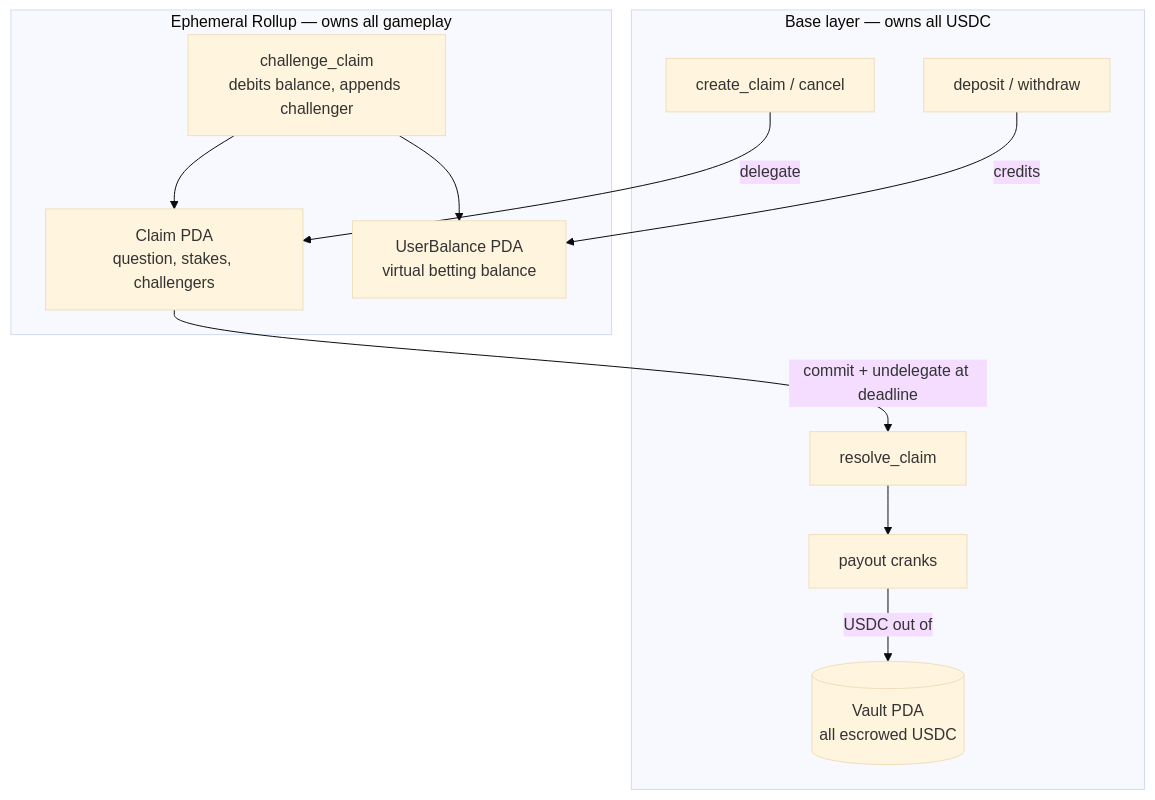
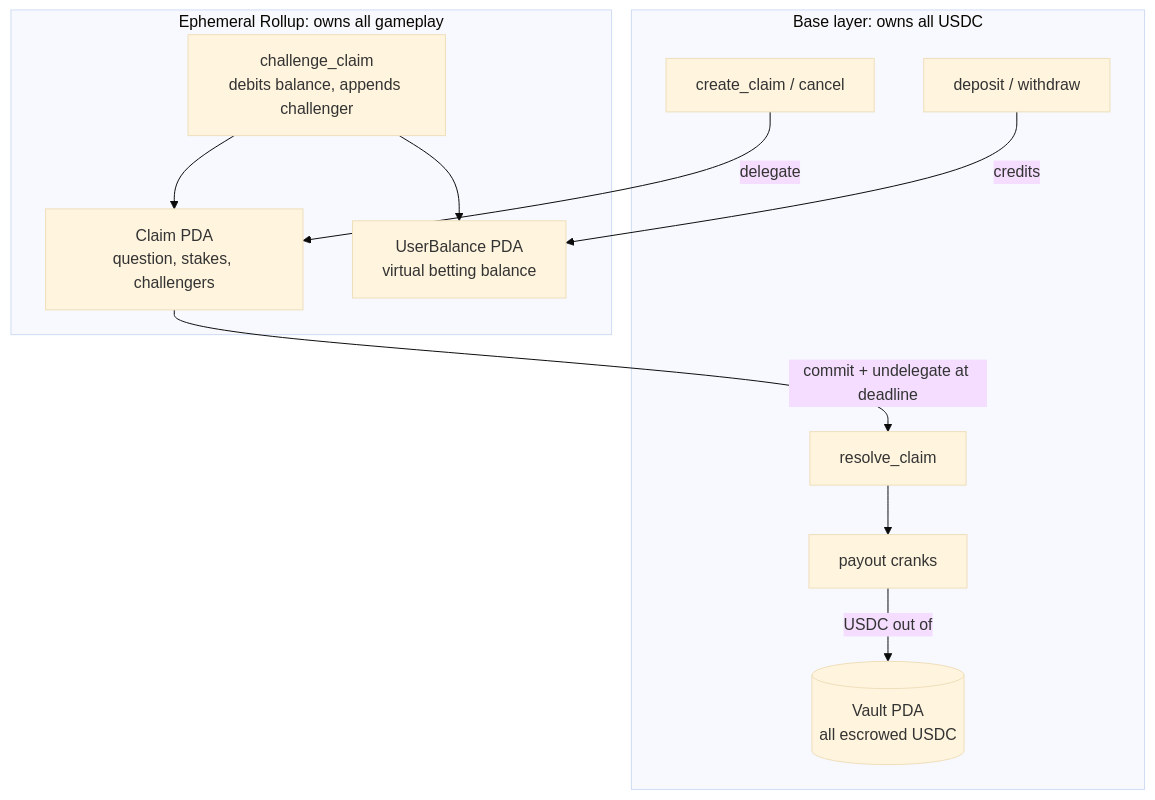
One commit to enliven17/mimir-markets changed the third of 6 diagrams in README.md. Above: the diagram before and after it, drawn with Mermaid (base theme). The commit also changed other lines of this file and 53 other files, not shown here.

````diff
--- a/README.md
+++ b/README.md
@@ -183,24 +183,24 @@
 ```mermaid
 flowchart TB
-    subgraph base[Base layer — owns all USDC]
+    subgraph base[Base layer: owns all USDC]
         VAULT[(Vault PDA<br/>all escrowed USDC)]
         DEP[deposit / withdraw]
         CRE[create_claim / cancel]
         RES[resolve_claim]
         PAY[payout cranks]
     end
 
-    subgraph er[Ephemeral Rollup — owns all gameplay]
+    subgraph er[Ephemeral Rollup: owns all gameplay]
         CPDA[Claim PDA<br/>question, stakes, challengers]
         BPDA[UserBalance PDA<br/>virtual betting balance]
         CH[challenge_claim<br/>debits balance, appends challenger]
     end
 
     DEP -->|credits| BPDA
     CRE -->|delegate| CPDA
     CH --> CPDA
     CH --> BPDA
     CPDA -->|commit + undelegate at deadline| RES
     RES --> PAY
     PAY -->|USDC out of| VAULT
 ```
````
